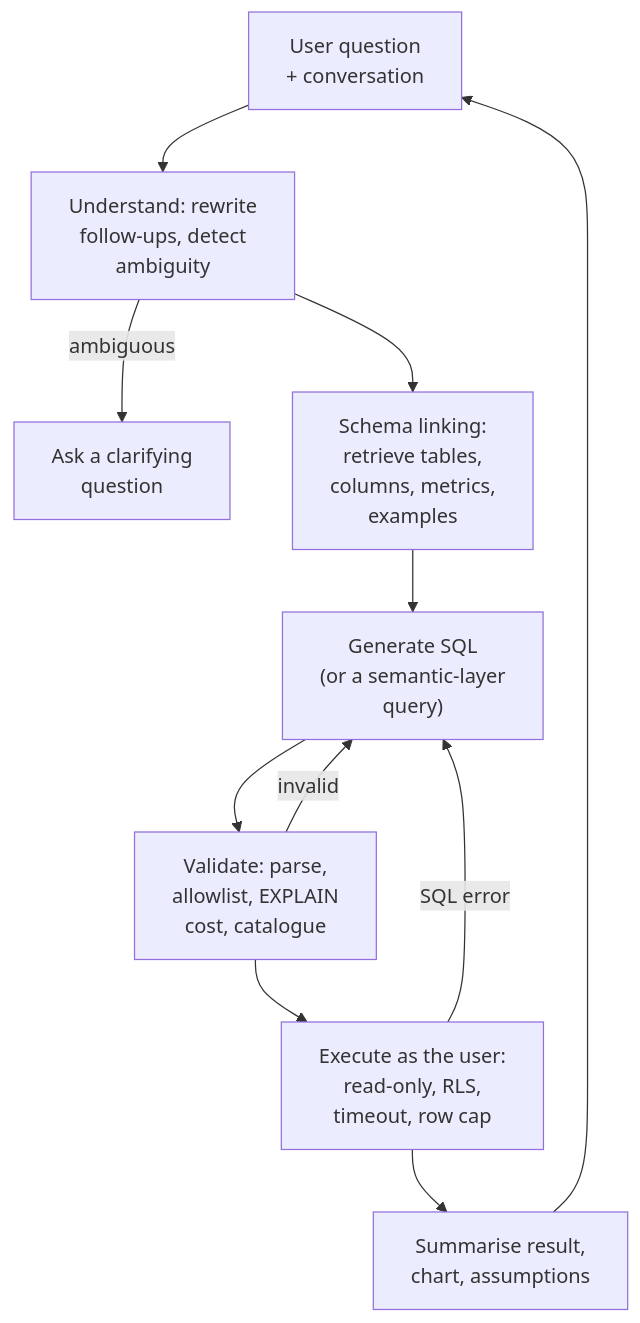
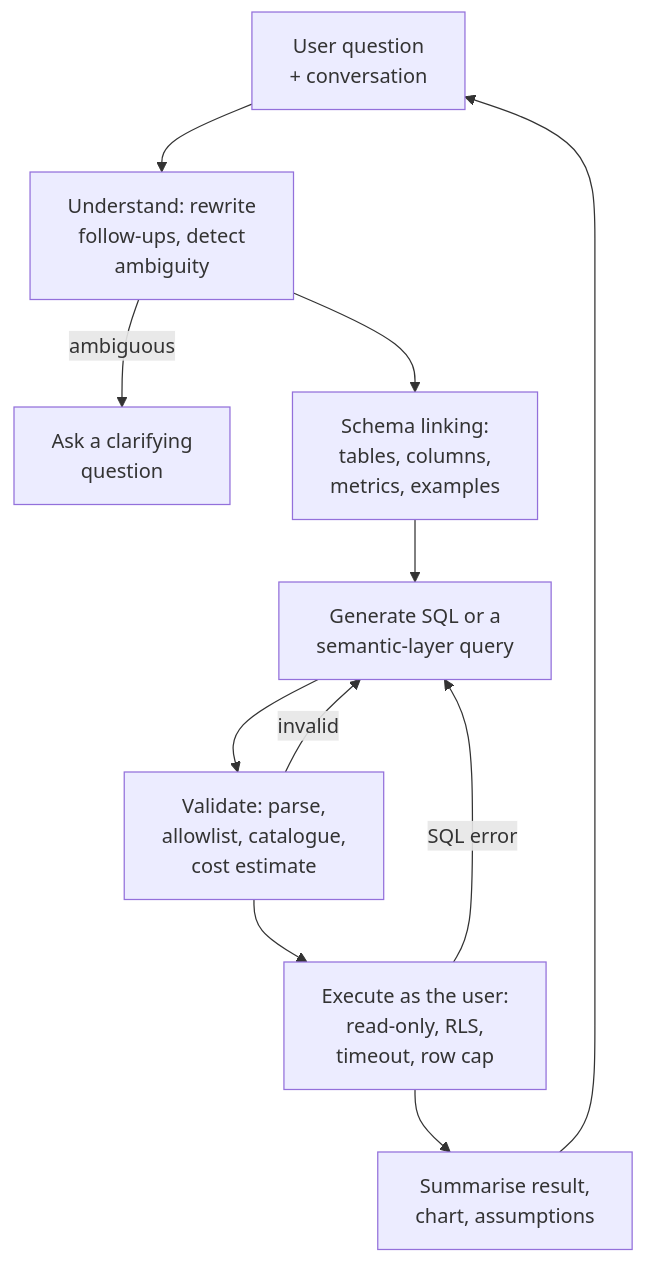
Before and after one commit to shubamchaudhary/CodeNITW: the diagram in src/Data/aiStackDocs/DP-07.md, drawn with Mermaid. The commit also changed other lines of this file and 19 other files, not shown here.

````diff
--- a/src/Data/aiStackDocs/DP-07.md
+++ b/src/Data/aiStackDocs/DP-07.md
@@ -30,13 +47,13 @@
 ```mermaid
 flowchart TD
     U["User question<br/>+ conversation"] --> QU["Understand: rewrite<br/>follow-ups, detect<br/>ambiguity"]
     QU -->|"ambiguous"| CL["Ask a clarifying<br/>question"]
-    QU --> SL["Schema linking:<br/>retrieve tables,<br/>columns, metrics,<br/>examples"]
-    SL --> GN["Generate SQL<br/>(or a semantic-layer<br/>query)"]
-    GN --> VL["Validate: parse,<br/>allowlist, EXPLAIN<br/>cost, catalogue"]
+    QU --> SL["Schema linking:<br/>tables, columns,<br/>metrics, examples"]
+    SL --> GN["Generate SQL or a<br/>semantic-layer query"]
+    GN --> VL["Validate: parse,<br/>allowlist, catalogue,<br/>cost estimate"]
     VL -->|"invalid"| GN
     VL --> EX["Execute as the user:<br/>read-only, RLS,<br/>timeout, row cap"]
     EX -->|"SQL error"| GN
     EX --> SM["Summarise result,<br/>chart, assumptions"]
     SM --> U
 ```
````
